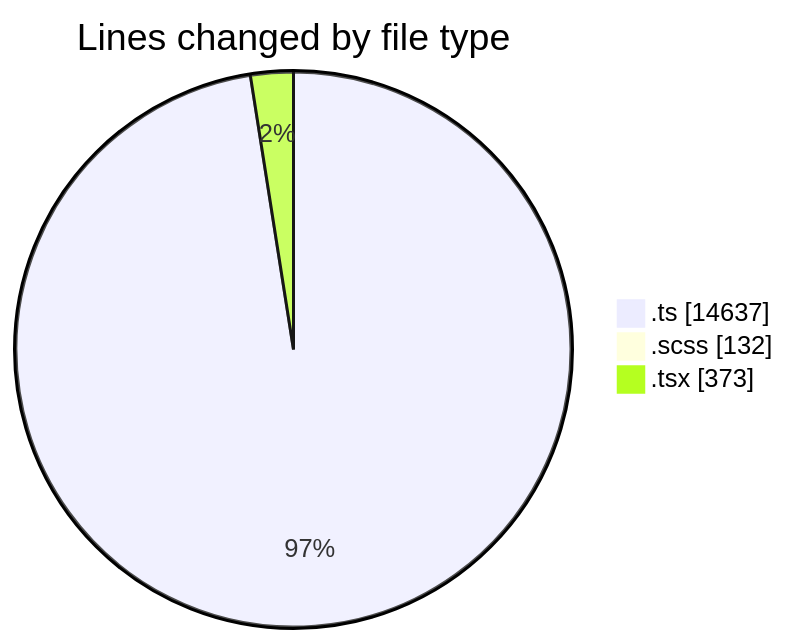
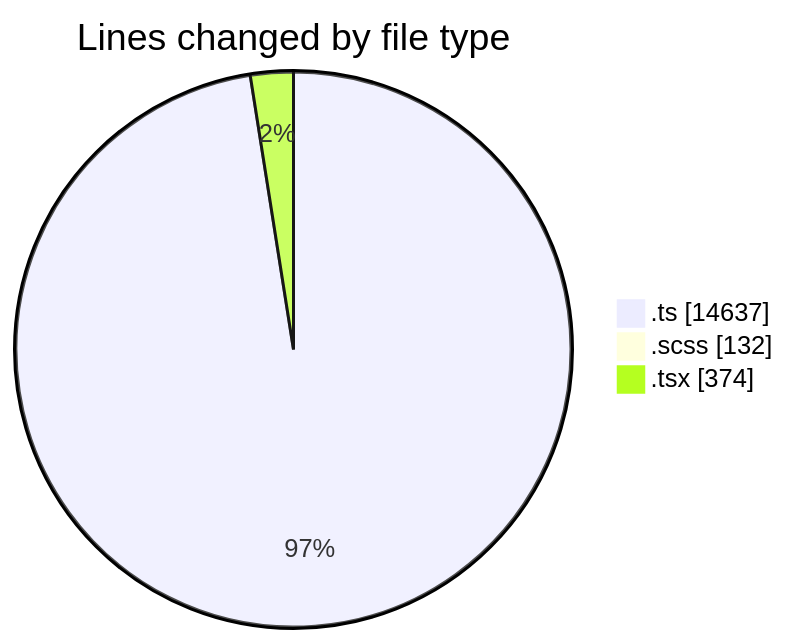
The first of 2 diagrams in 2025-08-27/cda/README.md (momahboobian/code-tracking), drawn with Mermaid before and after one commit. The commit also changed other lines of this file and 1 other file, not shown here.

````diff
--- a/2025-08-27/cda/README.md
+++ b/2025-08-27/cda/README.md
@@ -26,7 +26,7 @@
 ```mermaid
 pie showData
 title Lines changed by file type
 ".ts" : 14637
 ".scss" : 132
-".tsx" : 373
+".tsx" : 374
 ```
````
